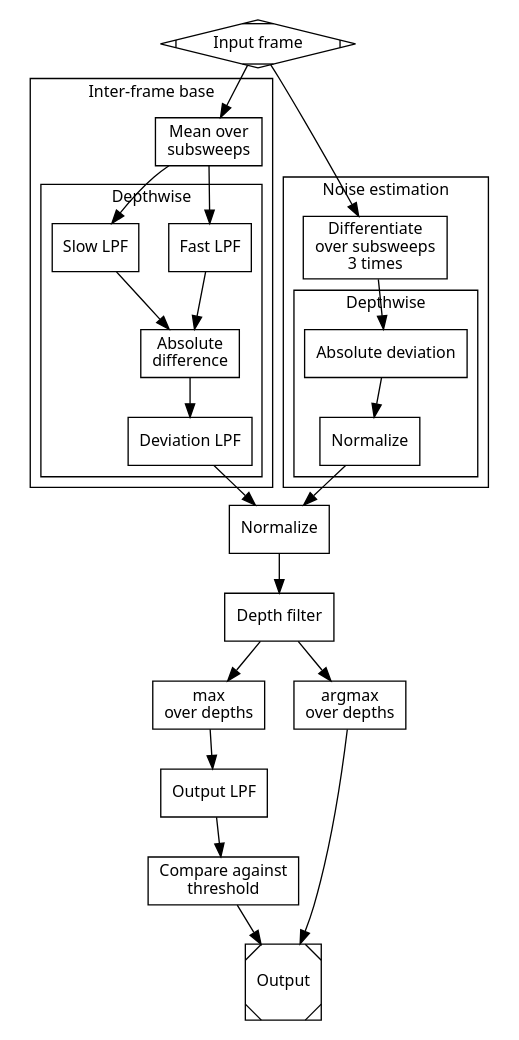
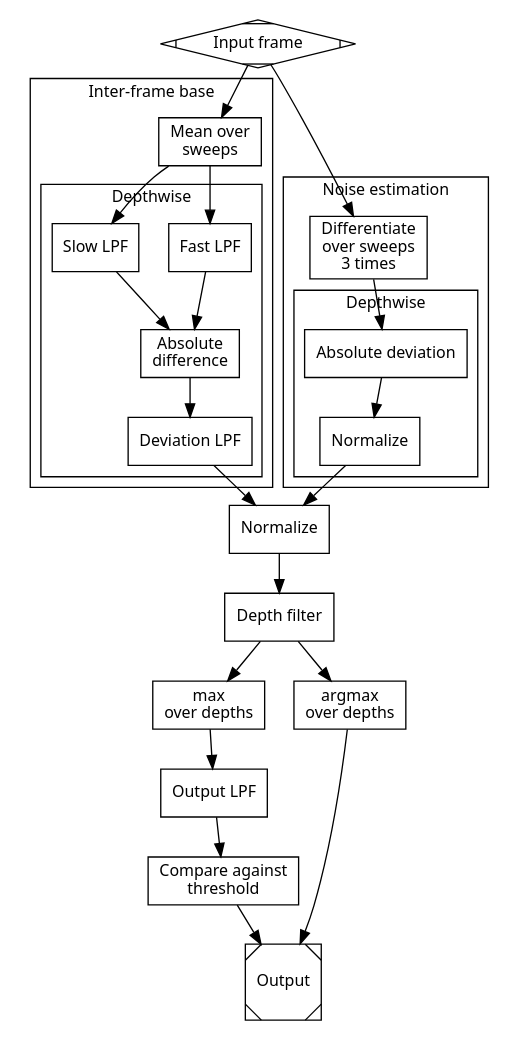
The diagram in docs/graphs/presence_detection_sparse.dot (acconeer/acconeer-python-exploration), drawn with Graphviz before and after one commit. The commit also changed 1 other file, not shown here.

```diff
--- a/docs/graphs/presence_detection_sparse.dot
+++ b/docs/graphs/presence_detection_sparse.dot
@@ -1,63 +1,63 @@
 digraph {
   graph [pad=0.1, nodesep=0.3, ranksep=0.4]
   bgcolor="#ffffff00"
   fontname=sans
   fontsize=12
   node [fontname=sans, fontsize=12]
 
   in -> ss_mean
   subgraph cluster_inter {
     label="Inter-frame base"
 
     ss_mean -> {lp_fast, lp_slow}
 
     subgraph cluster_inter_dw {
       label="Depthwise"
 
       {lp_fast, lp_slow} -> inter_absdev -> lp_dev
     }
   }
 
   in -> noise_deriv
   subgraph cluster_noise {
     label="Noise estimation"
 
     noise_deriv -> noise_absdev
 
     subgraph cluster_inter_dw {
       label="Depthwise"
 
       noise_absdev -> noise_unbias
     }
 
   }
 
   {lp_dev, noise_unbias} -> inter_norm
 
   inter_norm -> depth_filter
   depth_filter -> out_max -> lp_out -> threshold -> out
   depth_filter -> out_argmax -> out
 
   in [shape=Mdiamond, label="Input frame"]
 
-  ss_mean [shape=record, label="Mean over\nsubsweeps"]
+  ss_mean [shape=record, label="Mean over\nsweeps"]
   lp_fast [shape=record, label="Fast LPF"]
   lp_slow [shape=record, label="Slow LPF"]
   lp_dev [shape=record, label="Deviation LPF"]
   inter_absdev [shape=record, label="Absolute\ndifference"]
 
-  noise_deriv [shape=record, label="Differentiate\nover subsweeps\n3 times"]
+  noise_deriv [shape=record, label="Differentiate\nover sweeps\n3 times"]
   noise_absdev [shape=record, label="Absolute deviation"]
   noise_unbias [shape=record, label="Normalize"]
 
   inter_norm [shape=record, label="Normalize"]
 
   depth_filter [shape=record, label="Depth filter"]
   out_max [shape=record, label="max\nover depths"]
   lp_out [shape=record, label="Output LPF"]
   threshold [shape=record, label="Compare against\nthreshold"]
 
   out_argmax [shape=record, label="argmax\nover depths"]
 
   out [shape=Msquare, label="Output"]
 }
```
